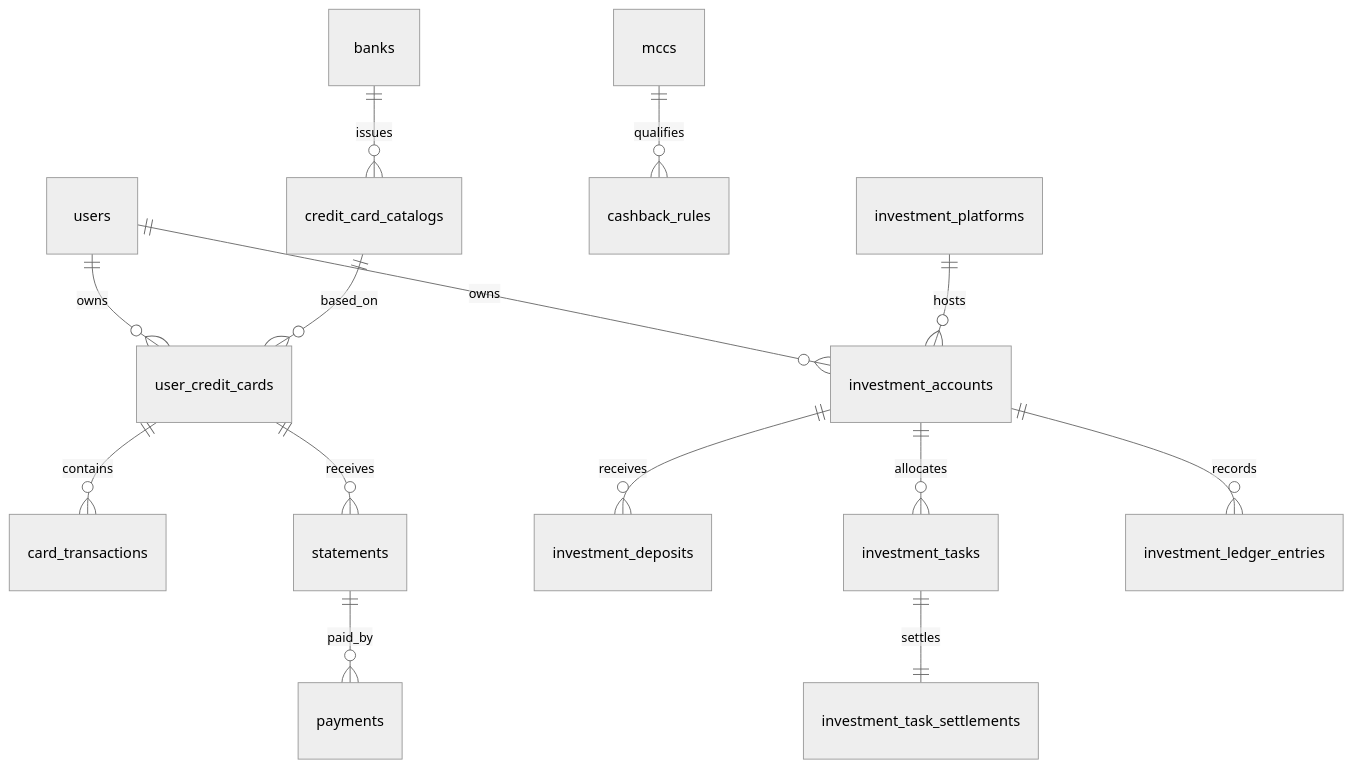
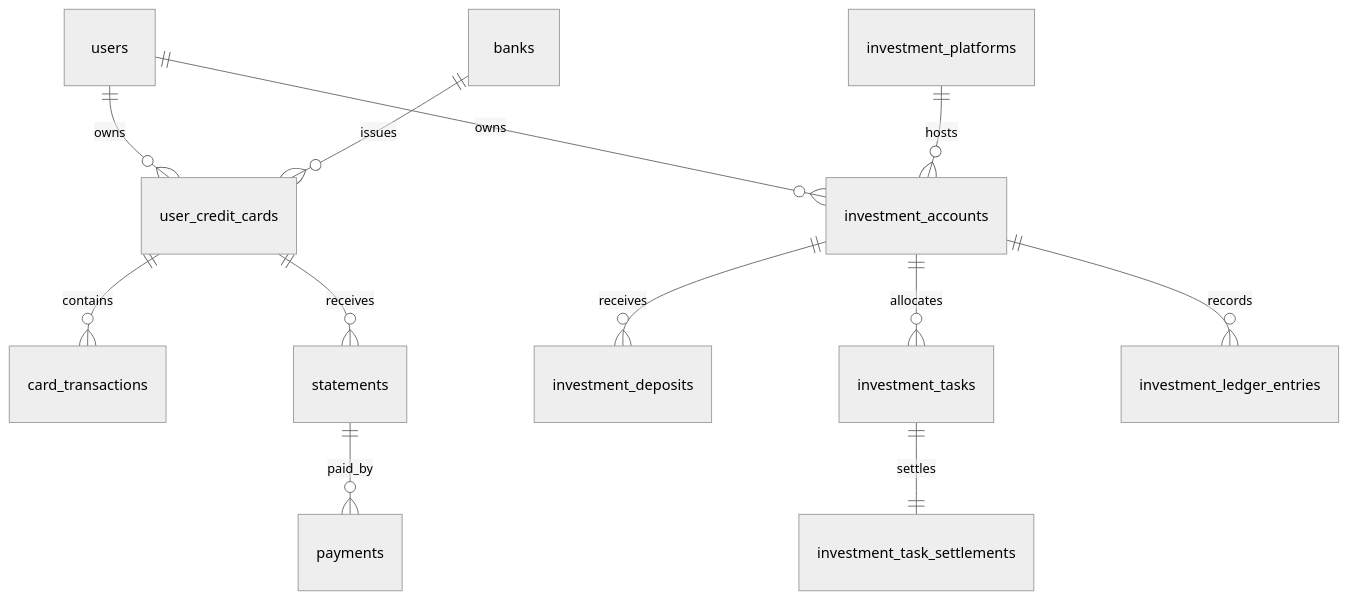
One commit to pvhao2002/kira-app changed the diagram in kira-bank/docs/database/erd.md. Above: the diagram before and after it, drawn with Mermaid (neutral theme). The commit also changed other lines of this file and 41 other files, not shown here.

First line of the commit message:
feat(credit-cards): add monthly statement and payment reminders

````diff
--- a/kira-bank/docs/database/erd.md
+++ b/kira-bank/docs/database/erd.md
@@ -3,16 +3,14 @@
 ```mermaid
 erDiagram
  users ||--o{ user_credit_cards : owns
- banks ||--o{ credit_card_catalogs : issues
- credit_card_catalogs ||--o{ user_credit_cards : based_on
- mccs ||--o{ cashback_rules : qualifies
+ banks ||--o{ user_credit_cards : issues
  user_credit_cards ||--o{ card_transactions : contains
  user_credit_cards ||--o{ statements : receives
  statements ||--o{ payments : paid_by
  users ||--o{ investment_accounts : owns
  investment_platforms ||--o{ investment_accounts : hosts
  investment_accounts ||--o{ investment_deposits : receives
  investment_accounts ||--o{ investment_tasks : allocates
  investment_tasks ||--|| investment_task_settlements : settles
  investment_accounts ||--o{ investment_ledger_entries : records
 ```
````
